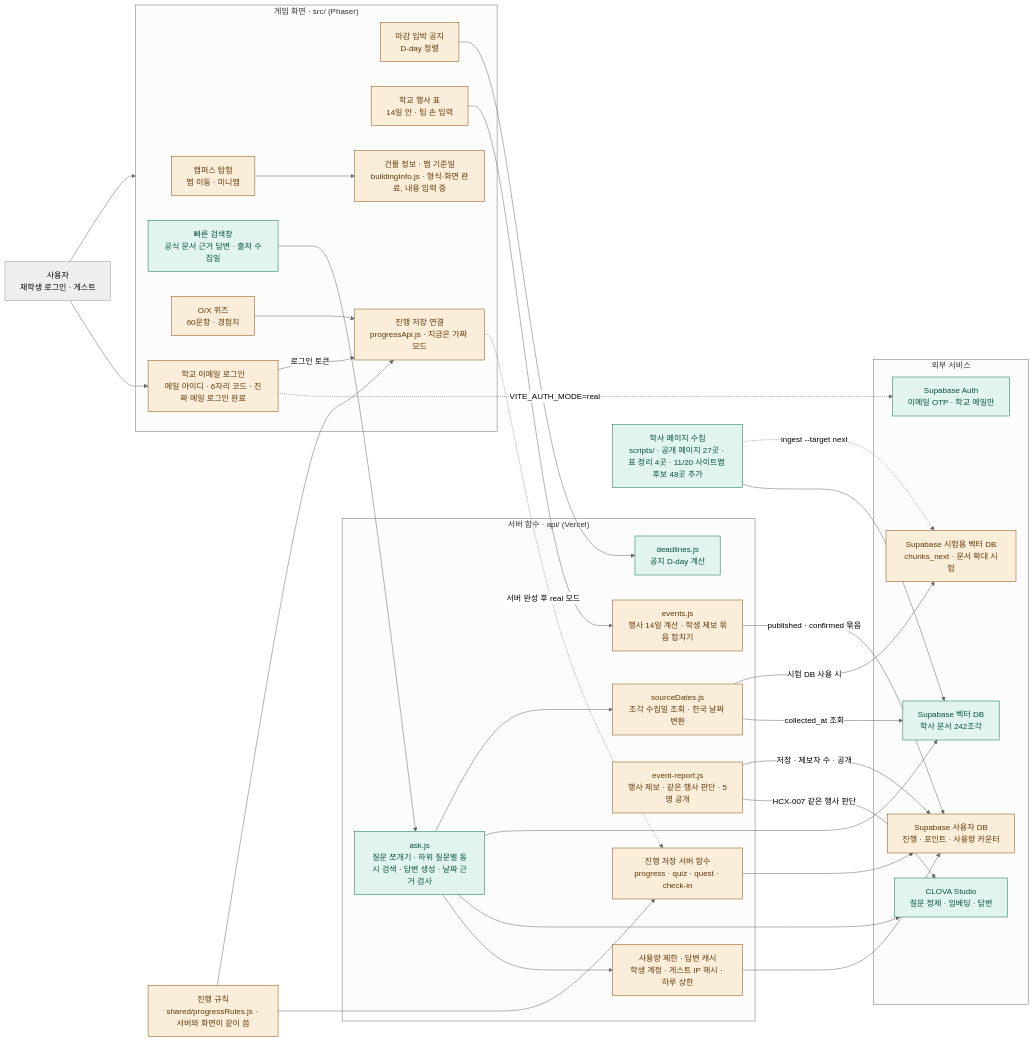
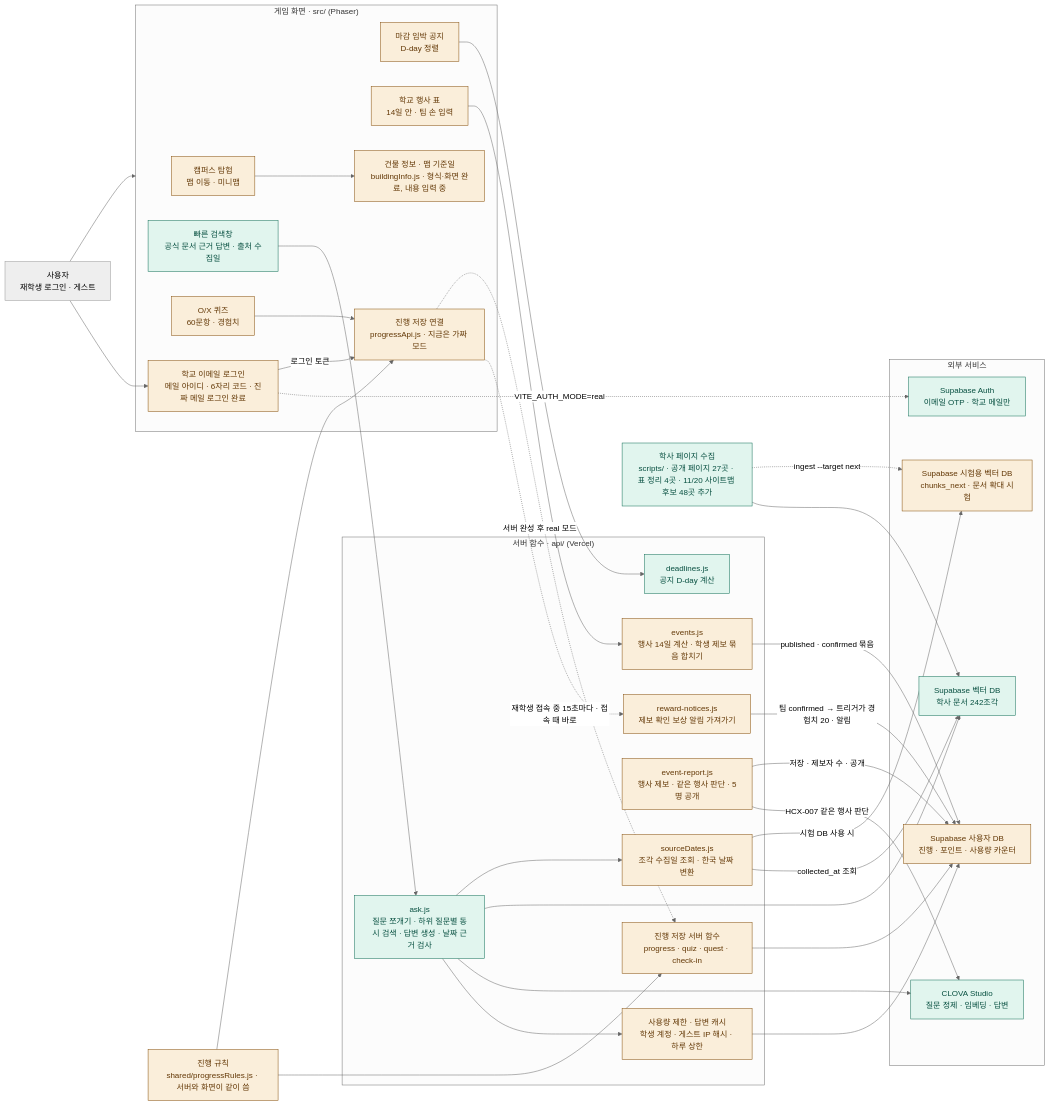
One commit to 202502859-source/hufs-quest changed the diagram in docs/ARCHITECTURE.md. Above: the diagram before and after it, drawn with Mermaid (neutral theme). The commit also changed other lines of this file and 11 other files, not shown here.

````diff
--- a/docs/ARCHITECTURE.md
+++ b/docs/ARCHITECTURE.md
@@ -8,70 +8,73 @@
 ```mermaid
 flowchart LR
     user["사용자<br/>재학생 로그인 · 게스트"]
 
     subgraph game["게임 화면 · src/ (Phaser)"]
         explore["캠퍼스 탐험<br/>맵 이동 · 미니맵"]
         search["빠른 검색창<br/>공식 문서 근거 답변 · 출처 수집일"]
         quiz["O/X 퀴즈<br/>60문항 · 경험치"]
         notice["마감 임박 공지<br/>D-day 정렬"]
         events["학교 행사 표<br/>14일 안 · 팀 손 입력"]
         mapInfo["건물 정보 · 맵 기준일<br/>buildingInfo.js · 형식·화면 완료, 내용 입력 중"]
         progress["진행 저장 연결<br/>progressApi.js · 지금은 가짜 모드"]
         login["학교 이메일 로그인<br/>메일 아이디 · 6자리 코드 · 진짜 메일 로그인 완료"]
     end
 
     rules["진행 규칙<br/>shared/progressRules.js · 서버와 화면이 같이 씀"]
 
     subgraph server["서버 함수 · api/ (Vercel)"]
         ask["ask.js<br/>질문 쪼개기 · 하위 질문별 동시 검색 · 답변 생성 · 날짜 근거 검사"]
         sourceDates["sourceDates.js<br/>조각 수집일 조회 · 한국 날짜 변환"]
         deadlines["deadlines.js<br/>공지 D-day 계산"]
         eventsApi["events.js<br/>행사 14일 계산 · 학생 제보 묶음 합치기"]
         eventReport["event-report.js<br/>행사 제보 · 같은 행사 판단 · 5명 공개"]
+        rewardNotice["reward-notices.js<br/>제보 확인 보상 알림 가져가기"]
         newApi["진행 저장 서버 함수<br/>progress · quiz · quest · check-in"]
         limiter["사용량 제한 · 답변 캐시<br/>학생 계정 · 게스트 IP 해시 · 하루 상한"]
     end
 
     subgraph external["외부 서비스"]
         clova["CLOVA Studio<br/>질문 정제 · 임베딩 · 답변"]
         supaAuth["Supabase Auth<br/>이메일 OTP · 학교 메일만"]
         vector["Supabase 벡터 DB<br/>학사 문서 242조각"]
         userDb["Supabase 사용자 DB<br/>진행 · 포인트 · 사용량 카운터"]
         vectorNext["Supabase 시험용 벡터 DB<br/>chunks_next · 문서 확대 시험"]
     end
 
     collect["학사 페이지 수집<br/>scripts/ · 공개 페이지 27곳 · 표 정리 4곳 · 11/20 사이트맵 후보 48곳 추가"]
 
     user --> game
     user --> login
     login -.->|"VITE_AUTH_MODE=real"| supaAuth
     login -->|"로그인 토큰"| progress
     search --> ask
     notice --> deadlines
     events --> eventsApi
     eventsApi -->|"published · confirmed 묶음"| userDb
     eventReport -->|"HCX-007 같은 행사 판단"| clova
     eventReport -->|"저장 · 제보자 수 · 공개"| userDb
+    progress -.->|"재학생 접속 중 15초마다 · 접속 때 바로"| rewardNotice
+    rewardNotice -->|"팀 confirmed → 트리거가 경험치 20 · 알림"| userDb
     quiz --> progress
     progress -.->|"서버 완성 후 real 모드"| newApi
     rules --> progress
     rules --> newApi
     explore --> mapInfo
     ask --> limiter
     limiter --> userDb
     ask --> clova
     ask --> vector
     ask --> sourceDates
     sourceDates -->|"collected_at 조회"| vector
     sourceDates -->|"시험 DB 사용 시"| vectorNext
     newApi --> userDb
     collect --> vector
     collect -.->|"ingest --target next"| vectorNext
 
     classDef done fill:#E1F5EE,stroke:#0F6E56,color:#085041
     classDef partial fill:#FAEEDA,stroke:#854F0B,color:#633806
     classDef todo fill:#FAECE7,stroke:#993C1D,color:#712B13,stroke-dasharray:5 3
 
     class search,ask,deadlines,clova,vector,collect,supaAuth done
-    class explore,quiz,notice,progress,rules,userDb,login,limiter,mapInfo,newApi,vectorNext,events,eventsApi,sourceDates,eventReport partial
+    class explore,quiz,notice,progress,rules,userDb,login,limiter,mapInfo,newApi,vectorNext,events,eventsApi,sourceDates,eventReport,rewardNotice partial
 ```
````
